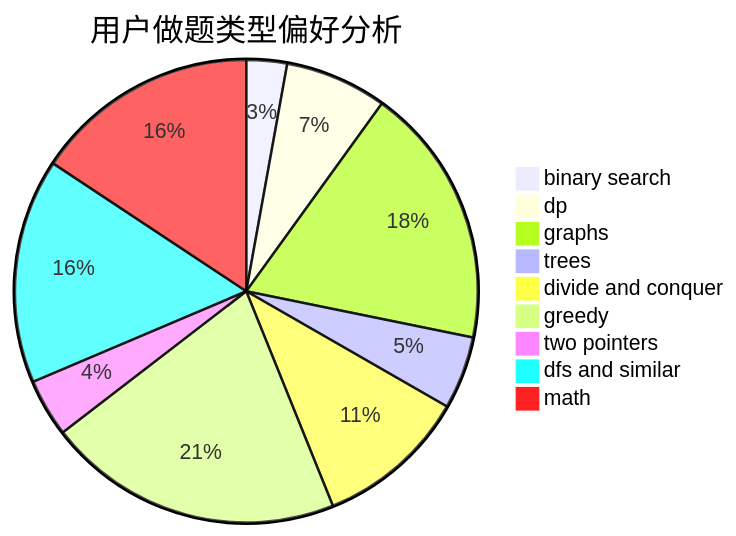
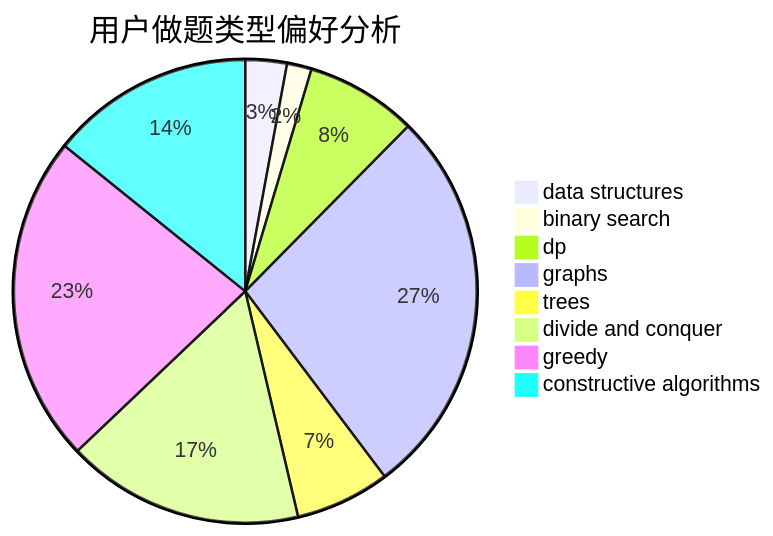
One commit to sherpahu/cfrs.github.io changed the second of 3 diagrams in docs/user/u353.md. Above: the diagram before and after it, drawn with Mermaid. The commit also changed other lines of this file and 2775 other files, not shown here.

````diff
--- a/docs/user/u353.md
+++ b/docs/user/u353.md
@@ -23,12 +23,11 @@
 ```mermaid
 pie title 用户做题类型偏好分析
-    "binary search" :  49
-    "dp" :  123
-    "graphs" :  315
-    "trees" :  88
+    "data structures" :  32
+    "binary search" :  19
+    "dp" :  86
+    "graphs" :  302
+    "trees" :  73
     "divide and conquer" :  183
-    "greedy" :  357
-    "two pointers" :  70
-    "dfs and similar" :  271
-    "math" :  271
+    "greedy" :  253
+    "constructive algorithms" :  157
 ```
````
